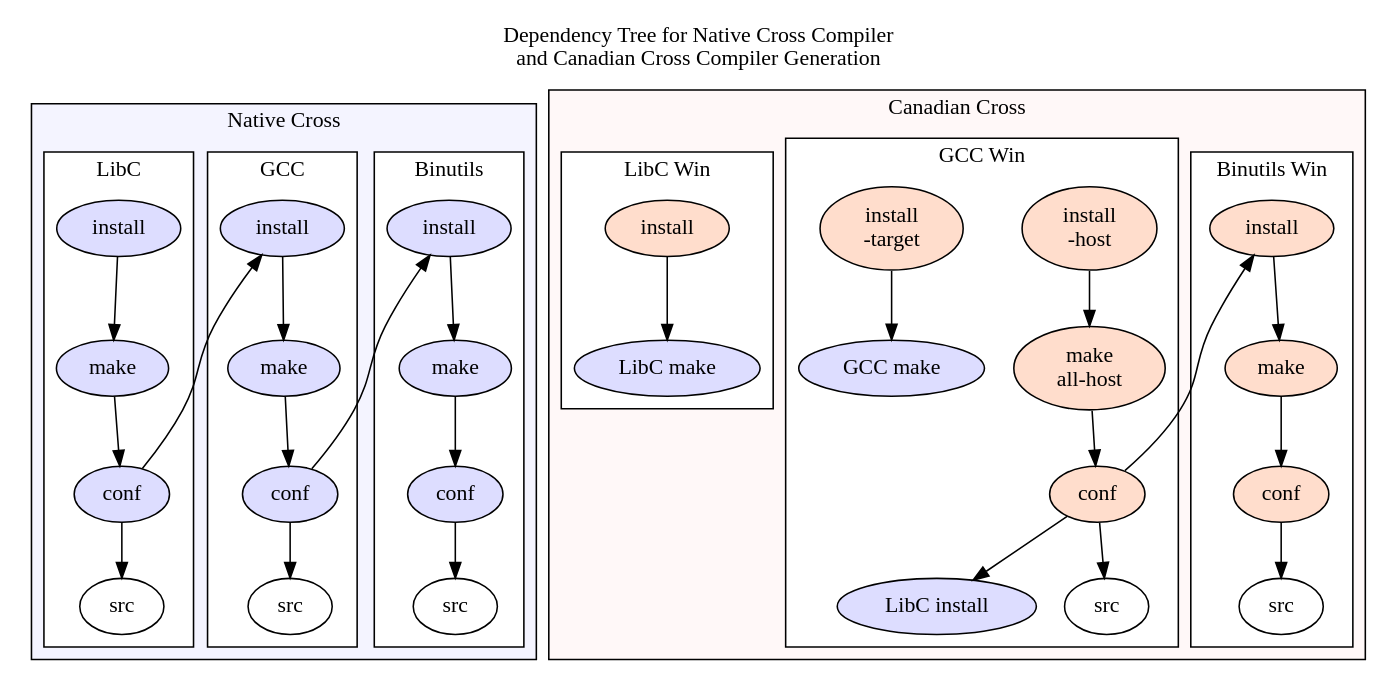
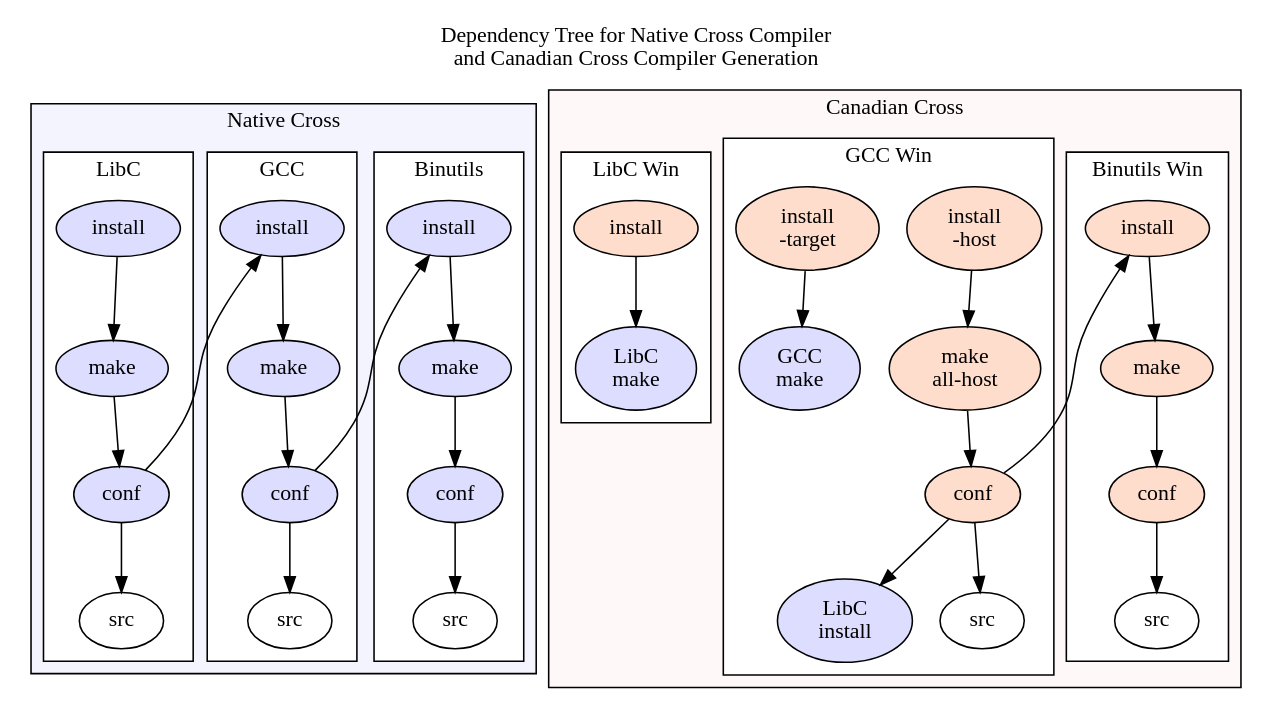
Before and after one commit to sprintersb/make-avr-gcc: the diagram in make.dot, drawn with Graphviz. The commit also changed 2 other files, not shown here.

Commit message:
make.dot: Use more compact labels.

```diff
--- a/make.dot
+++ b/make.dot
@@ -1,100 +1,100 @@
 digraph
 {
     label = "Dependency Tree for Native Cross Compiler\nand Canadian Cross Compiler Generation"
     labelloc = top;
 
     newrank = true;
     rankdir = TB;
 
     node [style="filled"; fillcolor="white"];
     //beautify = true;
 
     subgraph cluster_host
     {
         label = "Native Cross";
         bgcolor = "#f4f4ff";
 
         subgraph cluster_bin
         {
             label = "Binutils";
             bgcolor = "white";
             bin_i [label="install", fillcolor="#ddddff"];
             bin_m[label="make", fillcolor="#ddddff"];
             bin_c[label="conf", fillcolor="#ddddff"];
             bin_s[label="src"];
             bin_i -> bin_m -> bin_c -> bin_s;
         }
 
         subgraph cluster_gcc
         {
             label = "GCC";
             bgcolor = "white";
             gcc_i [label="install", fillcolor="#ddddff"];
             gcc_m[label="make", fillcolor="#ddddff"];
             gcc_c[label="conf", fillcolor="#ddddff"];
             gcc_s[label="src"];
             gcc_i -> gcc_m -> gcc_c -> gcc_s;
         }
 
         subgraph cluster_libc
         {
             label = "LibC";
             bgcolor = "white";
             libc_i [label="install", fillcolor="#ddddff"];
             libc_m[label="make", fillcolor="#ddddff"];
             libc_c[label="conf", fillcolor="#ddddff"];
             libc_s[label="src"];
             libc_i -> libc_m -> libc_c -> libc_s;
         }
 
         { rank=same; bin_i; gcc_i; libc_i; }
     }
     gcc_c -> bin_i;
     libc_c -> gcc_i;
 
     subgraph cluster_canadian
     {
         label = "Canadian Cross";
         bgcolor = "#fff8f8";
 
         subgraph cluster_binW
         {
             label = "Binutils Win";
             bgcolor = "white";
             binW_i [label="install"; fillcolor="#ffddcc"];
             binW_m[label="make"; fillcolor="#ffddcc"];
             binW_c[label="conf"; fillcolor="#ffddcc"];
             binW_s[label="src"];
             binW_i -> binW_m -> binW_c -> binW_s;
         }
 
         subgraph cluster_gccW
         {
             label = "GCC Win";
             bgcolor = "white";
             gccW_ih [label="install\n-host"; fillcolor="#ffddcc"];
             gccW_it [label="install\n-target"; fillcolor="#ffddcc"];
-            gcc_m_x [label="GCC make", fillcolor="#ddddff"];
-            libc_i_x [label="LibC install", fillcolor="#ddddff"];
+            gcc_m_x [label="GCC\nmake", fillcolor="#ddddff"];
+            libc_i_x [label="LibC\ninstall", fillcolor="#ddddff"];
             gccW_m[label="make\nall-host"; fillcolor="#ffddcc"];
             gccW_c[label="conf"; fillcolor="#ffddcc"];
             gccW_s[label="src"];
             gccW_ih -> gccW_m -> gccW_c -> gccW_s;
         }
 
         { rank=same; binW_i; gccW_ih; gccW_it; libcW_i; }
 
         gccW_c -> binW_i;
         gccW_c -> libc_i_x;
         gccW_it -> gcc_m_x;
 
         subgraph cluster_libcW
         {
             label = "LibC Win";
             bgcolor = "white";
             libcW_i [label="install"; fillcolor="#ffddcc"];
-            libc_m_x [label="LibC make", fillcolor="#ddddff"];
+            libc_m_x [label="LibC\nmake", fillcolor="#ddddff"];
         }
     }
     libcW_i -> libc_m_x;
 }
```
